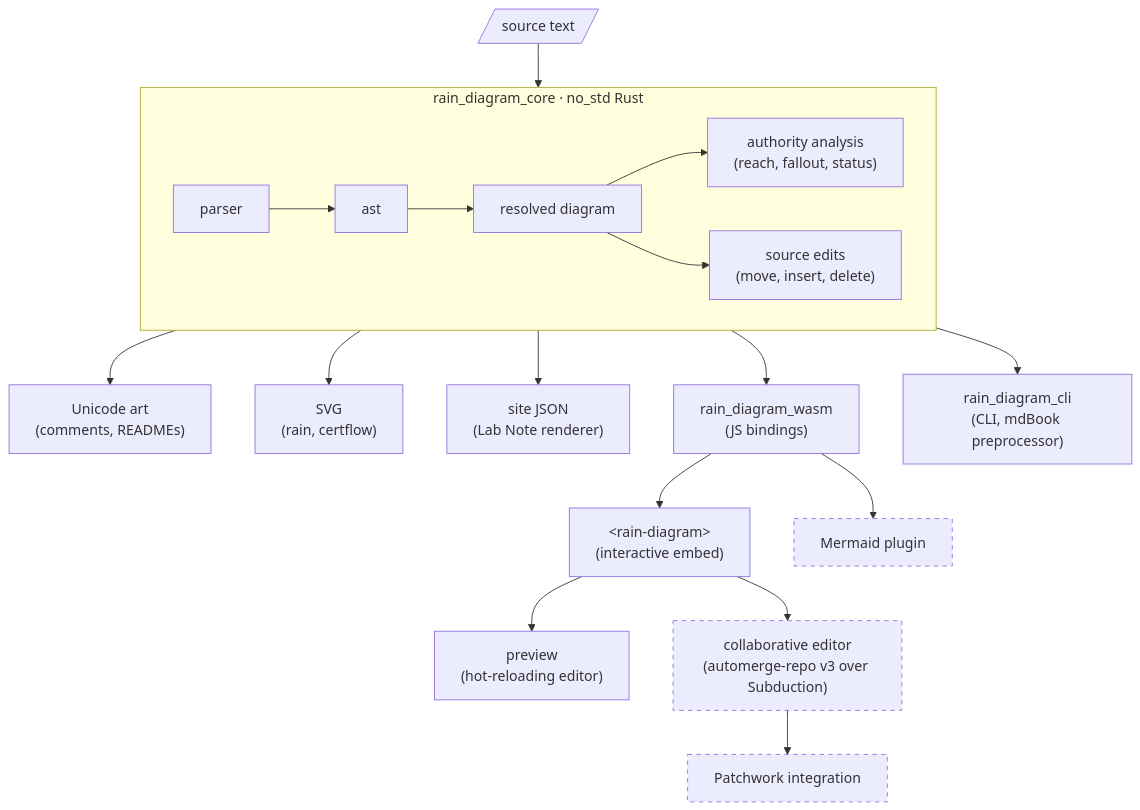
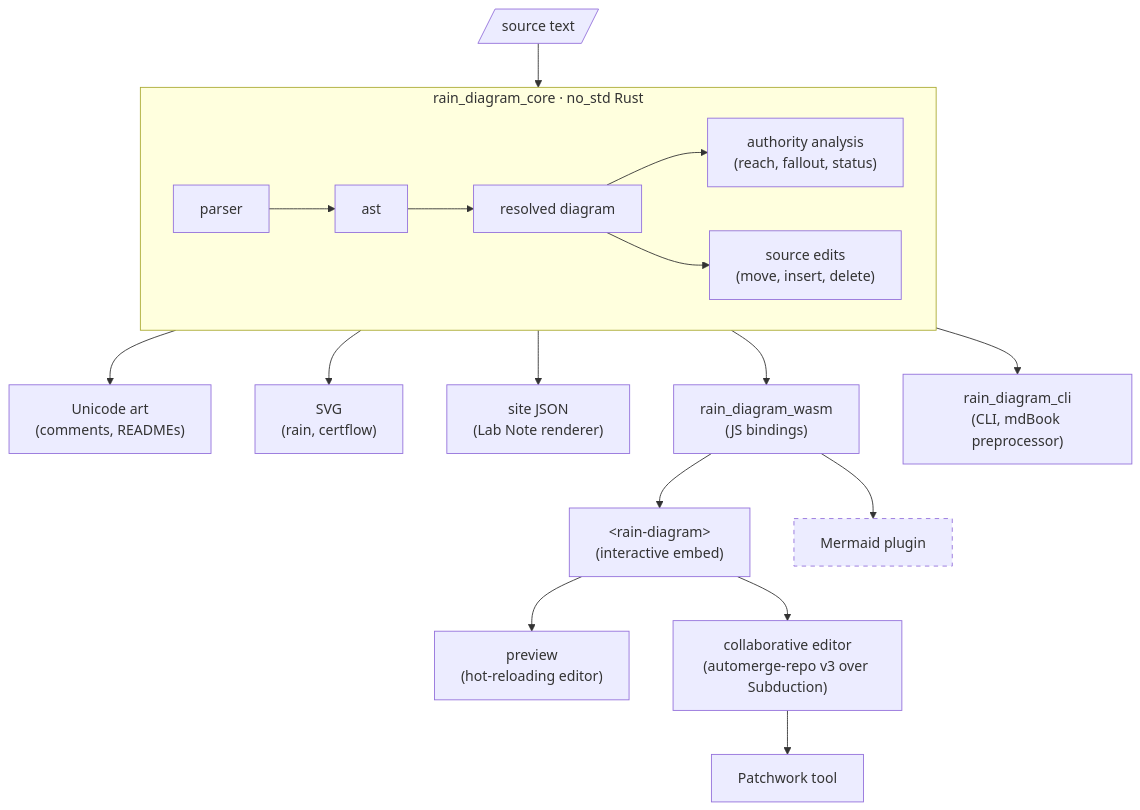
One commit to inkandswitch/downpour changed the diagram in README.md. Above: the diagram before and after it, drawn with Mermaid. The commit also changed other lines of this file and 39 other files, not shown here.

````diff
--- a/README.md
+++ b/README.md
@@ -85,26 +85,26 @@
 ```mermaid
 flowchart TD
     source[/"source text"/] --> core
 
     subgraph core["rain_diagram_core · no_std Rust"]
         direction LR
         parser --> ast --> diagram["resolved diagram"]
         diagram --> analysis["authority analysis<br/>(reach, fallout, status)"]
         diagram --> edits["source edits<br/>(move, insert, delete)"]
     end
 
     core --> text["Unicode art<br/>(comments, READMEs)"]
     core --> svg["SVG<br/>(rain, certflow)"]
     core --> site["site JSON<br/>(Lab Note renderer)"]
     core --> wasm["rain_diagram_wasm<br/>(JS bindings)"]
     core --> cli["rain_diagram_cli<br/>(CLI, mdBook preprocessor)"]
 
     wasm --> component["&lt;rain-diagram&gt;<br/>(interactive embed)"]
     wasm --> mermaid["Mermaid plugin"]
     component --> preview["preview<br/>(hot-reloading editor)"]
     component --> editor["collaborative editor<br/>(automerge-repo v3 over Subduction)"]
-    editor --> patchwork["Patchwork integration"]
+    editor --> patchwork["Patchwork tool"]
 
     classDef planned stroke-dasharray: 5 5
-    class mermaid,editor,patchwork planned
+    class mermaid planned
 ```
````
